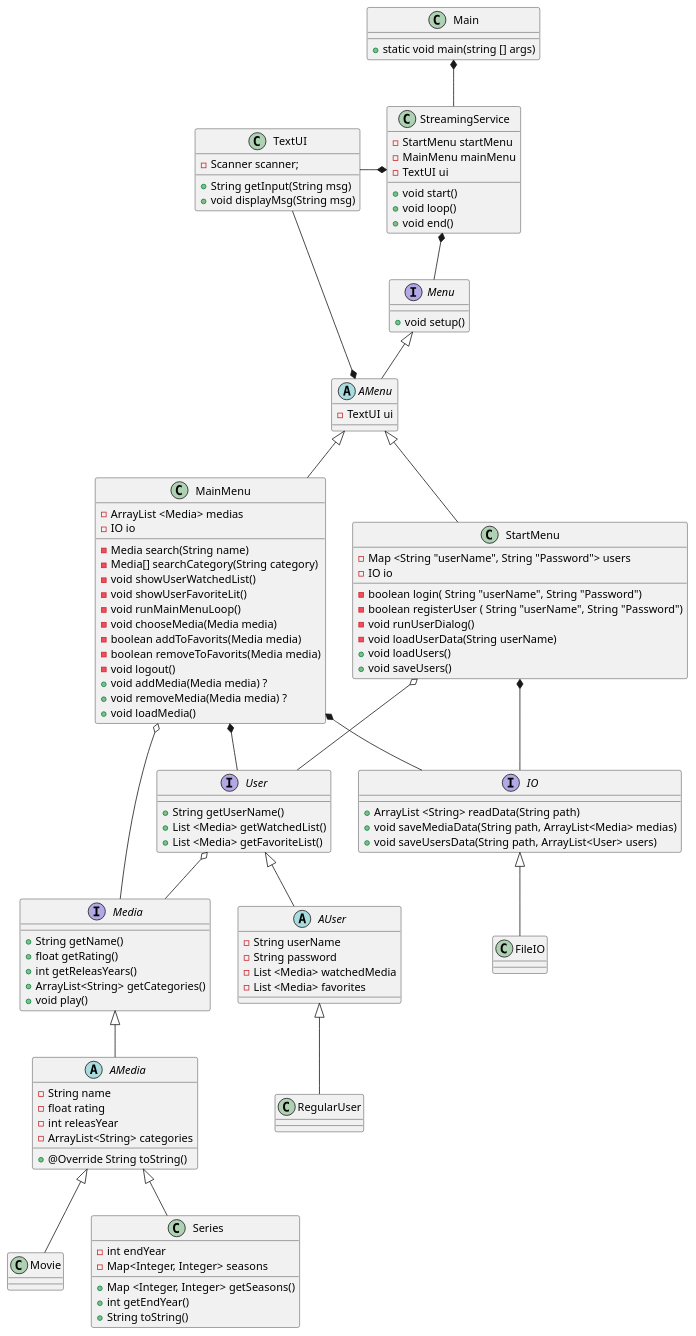
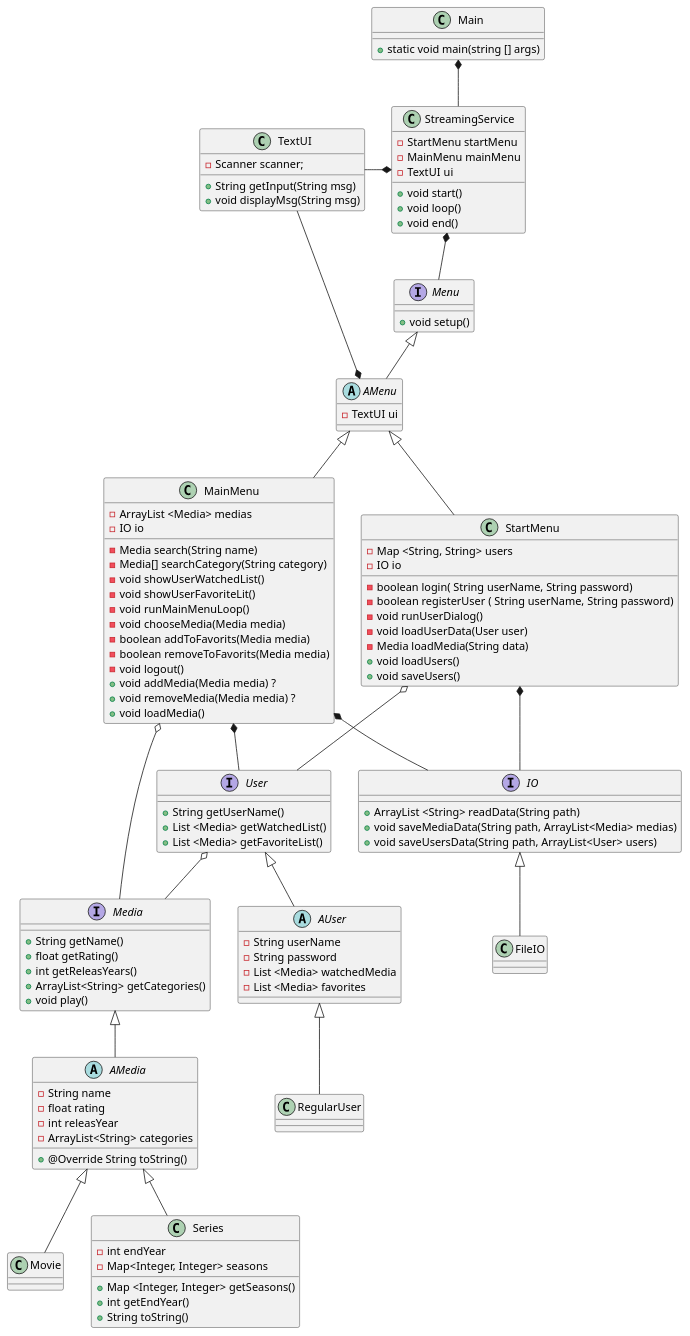
Before and after one commit to Shiihon/SP3_plus: the diagram in doc/dynamic/sequence.puml, drawn with PlantUML.

Commit message:
Update class diagram

```diff
--- a/doc/dynamic/sequence.puml
+++ b/doc/dynamic/sequence.puml
@@ -1,131 +1,132 @@
 @startuml
 class Main
 class StreamingService
 interface Menu
 abstract class AMenu
 class StartMenu
 class MainMenu
 interface User
 abstract class AUser
 class RegularUser
 interface Media
 abstract class AMedia
 class Movie
 class Series
 interface IO
 class FileIO
 class TextUI
 
 Main *-- StreamingService
 StreamingService *-- Menu
 Menu <|-- AMenu
 AMenu <|-- StartMenu
 AMenu <|-- MainMenu
 AMenu *-- TextUI
 StartMenu *-- IO
 MainMenu *-- IO
 IO <|-- FileIO
 StartMenu o-- User
 MainMenu *-- User
 User <|-- AUser
 AUser <|-- RegularUser
 MainMenu o-- Media
 User o-- Media
 Media <|-- AMedia
 AMedia <|-- Movie
 AMedia <|-- Series
 
 
 Main : + static void main(string [] args)
 
 
 StreamingService : - StartMenu startMenu
 StreamingService : - MainMenu mainMenu
 StreamingService : - TextUI ui
 
 StreamingService : + void start()
 StreamingService : + void loop()
 StreamingService : + void end()
 
 
 StreamingService *-l- TextUI
 
 
 Menu : + void setup()
 
 
 AMenu : - TextUI ui
 
 
-StartMenu : - Map <String "userName", String "Password"> users
+StartMenu : - Map <String, String> users
 StartMenu : - IO io
 
-StartMenu : - boolean login( String "userName", String "Password")
-StartMenu : - boolean registerUser ( String "userName", String "Password")
+StartMenu : - boolean login( String userName, String password)
+StartMenu : - boolean registerUser ( String userName, String password)
 StartMenu : - void runUserDialog()
-StartMenu : - void loadUserData(String userName)
+StartMenu : - void loadUserData(User user)
+StartMenu : - Media loadMedia(String data)
 StartMenu : + void loadUsers()
 StartMenu : + void saveUsers()
 
 
 MainMenu : - ArrayList <Media> medias
 MainMenu : - IO io
 
 MainMenu : - Media search(String name)
 MainMenu : - Media[] searchCategory(String category)
 MainMenu : - void showUserWatchedList()
 MainMenu : - void showUserFavoriteLit()
 MainMenu : - void runMainMenuLoop()
 MainMenu : - void chooseMedia(Media media)
 MainMenu : - boolean addToFavorits(Media media)
 MainMenu : - boolean removeToFavorits(Media media)
 MainMenu : - void logout()
 MainMenu : + void addMedia(Media media) ?
 MainMenu : + void removeMedia(Media media) ?
 MainMenu : + void loadMedia()
 
 
 User : + String getUserName()
 User : + List <Media> getWatchedList()
 User : + List <Media> getFavoriteList()
 
 
 AUser : - String userName
 AUser : - String password
 AUser : - List <Media> watchedMedia
 AUser : - List <Media> favorites
 
 
 Media : + String getName()
 Media : + float getRating()
 Media : + int getReleasYears()
 Media : + ArrayList<String> getCategories()
 Media : + void play()
 
 
 AMedia : - String name
 AMedia : - float rating
 AMedia : - int releasYear
 AMedia : - ArrayList<String> categories
 
 AMedia : + @Override String toString()
 
 
 Series : - int endYear
 Series : - Map<Integer, Integer> seasons
 Series : + Map <Integer, Integer> getSeasons()
 
 Series : + int getEndYear()
 Series : + String toString()
 
 
 IO : + ArrayList <String> readData(String path)
 IO : + void saveMediaData(String path, ArrayList<Media> medias)
 IO : + void saveUsersData(String path, ArrayList<User> users)
 
 TextUI : - Scanner scanner;
 
 TextUI : + String getInput(String msg)
 TextUI : + void displayMsg(String msg)
 
 @enduml
```
